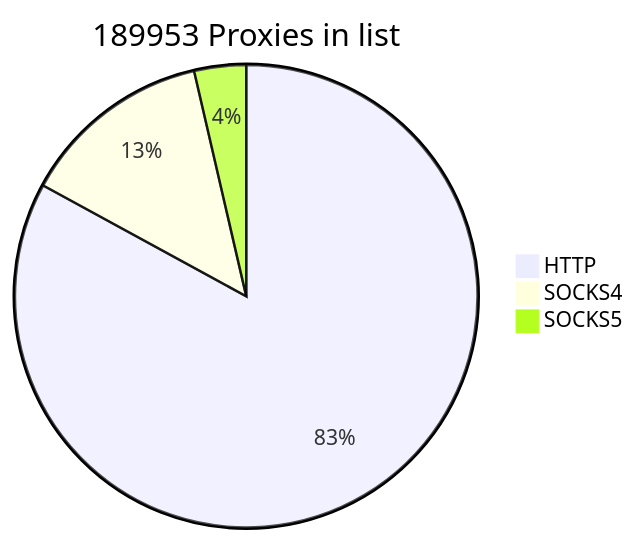
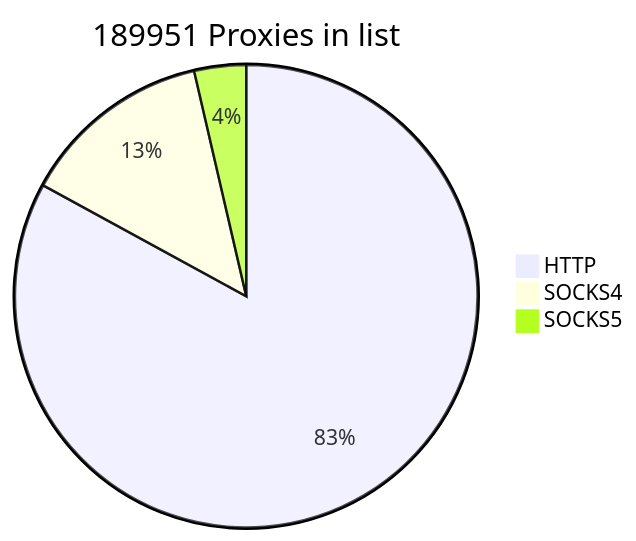
One commit to cutipu/proxylist changed the first of 2 diagrams in README.md. Above: the diagram before and after it, drawn with Mermaid. The commit also changed other lines of this file, not shown here.

````diff
--- a/README.md
+++ b/README.md
@@ -2,7 +2,7 @@
 ```mermaid
-pie title 189953 Proxies in list
+pie title 189951 Proxies in list
     "HTTP" : 157566
-    "SOCKS4" : 25509
+    "SOCKS4" : 25507
     "SOCKS5" : 6878
             
 ```
````
